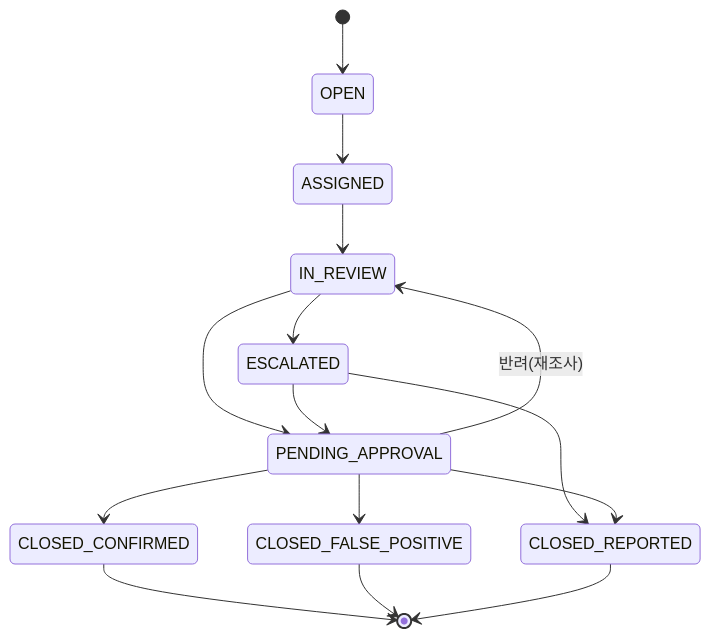
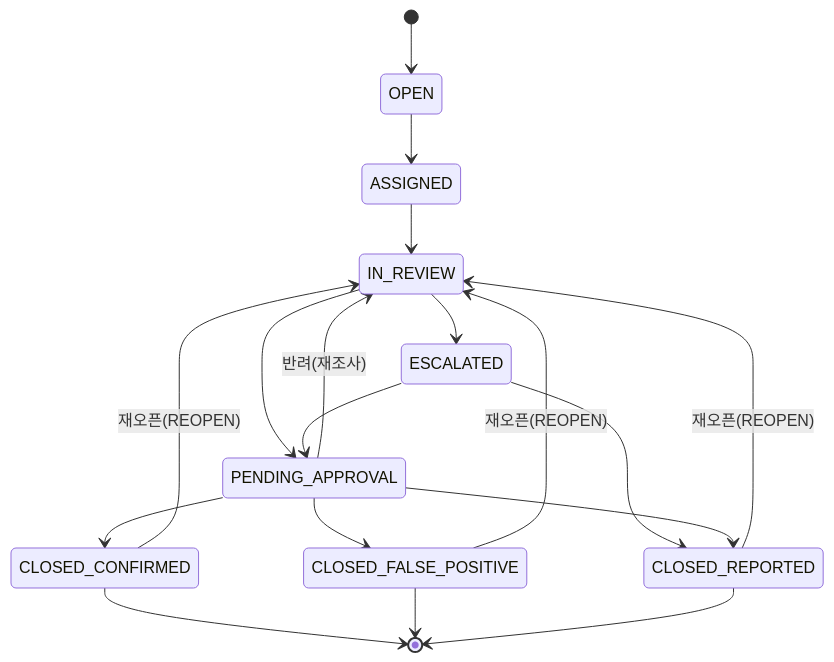
One commit to smkim89/aml-system-docs changed the third of 10 diagrams in docs/software/01-fdsSvc-sass.md. Above: the diagram before and after it, drawn with Mermaid. The commit also changed other lines of this file and 187 other files, not shown here.

````diff
--- a/docs/software/01-fdsSvc-sass.md
+++ b/docs/software/01-fdsSvc-sass.md
@@ -961,17 +968,20 @@
 ```mermaid
 stateDiagram-v2
     [*] --> OPEN
     OPEN --> ASSIGNED
     ASSIGNED --> IN_REVIEW
     IN_REVIEW --> ESCALATED
     IN_REVIEW --> PENDING_APPROVAL
     ESCALATED --> PENDING_APPROVAL
     ESCALATED --> CLOSED_REPORTED
     PENDING_APPROVAL --> CLOSED_CONFIRMED
     PENDING_APPROVAL --> CLOSED_FALSE_POSITIVE
     PENDING_APPROVAL --> CLOSED_REPORTED
     PENDING_APPROVAL --> IN_REVIEW: 반려(재조사)
+    CLOSED_CONFIRMED --> IN_REVIEW: 재오픈(REOPEN)
+    CLOSED_FALSE_POSITIVE --> IN_REVIEW: 재오픈(REOPEN)
+    CLOSED_REPORTED --> IN_REVIEW: 재오픈(REOPEN)
     CLOSED_CONFIRMED --> [*]
     CLOSED_FALSE_POSITIVE --> [*]
     CLOSED_REPORTED --> [*]
 ```
````
